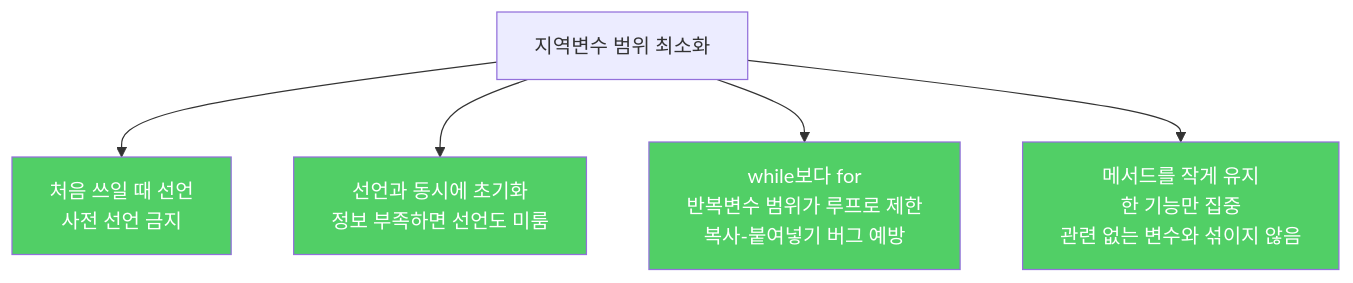
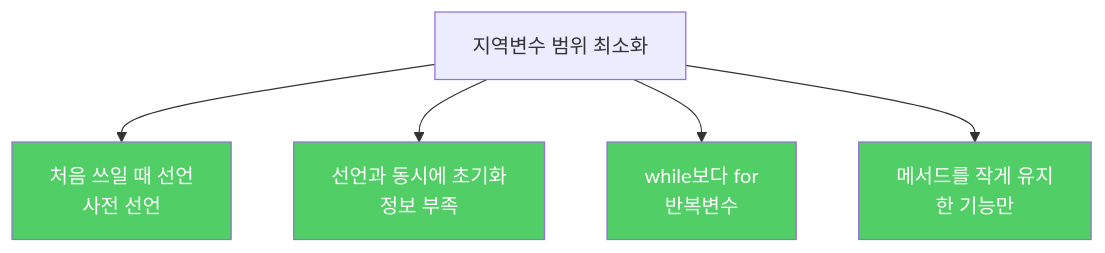
One commit to yjkim2015/yjkim2015.github.io changed the diagram in _posts/java/2022-02-12-effective-java57.md. Above: the diagram before and after it, drawn with Mermaid. The commit also changed 271 other files, not shown here.

First line of the commit message:
Mermaid 라벨 축소: 긴 노드 텍스트 18자 이하로 트림 + \n 제거

````diff
--- a/_posts/java/2022-02-12-effective-java57.md
+++ b/_posts/java/2022-02-12-effective-java57.md
@@ -84,11 +84,11 @@
 ```mermaid
 graph TD
-    A["지역변수 범위 최소화"] --> B["처음 쓰일 때 선언\n사전 선언 금지"]
-    A --> C["선언과 동시에 초기화\n정보 부족하면 선언도 미룸"]
-    A --> D["while보다 for\n반복변수 범위가 루프로 제한\n복사-붙여넣기 버그 예방"]
-    A --> E["메서드를 작게 유지\n한 기능만 집중\n관련 없는 변수와 섞이지 않음"]
+    A["지역변수 범위 최소화"] --> B["처음 쓰일 때 선언\n사전 선언"]
+    A --> C["선언과 동시에 초기화\n정보 부족"]
+    A --> D["while보다 for\n반복변수"]
+    A --> E["메서드를 작게 유지\n한 기능만"]
     style B fill:#51cf66,color:#fff
     style C fill:#51cf66,color:#fff
     style D fill:#51cf66,color:#fff
     style E fill:#51cf66,color:#fff
 ```
````
